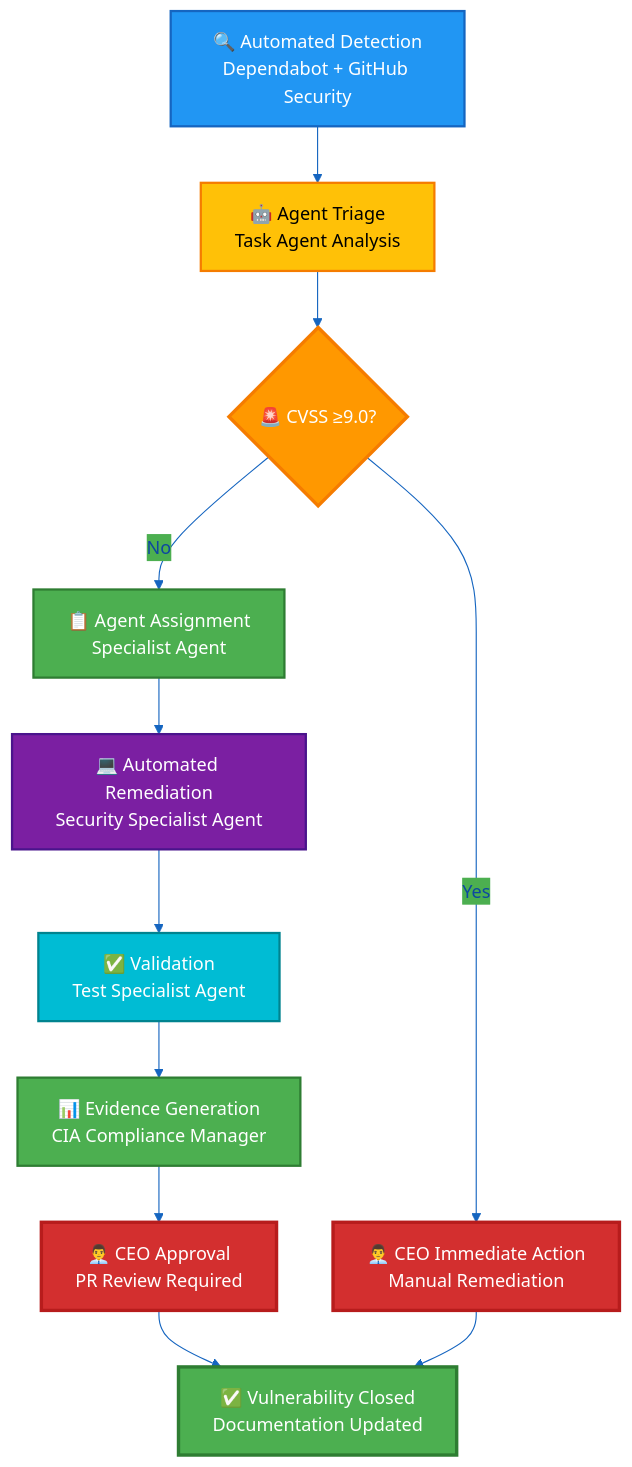
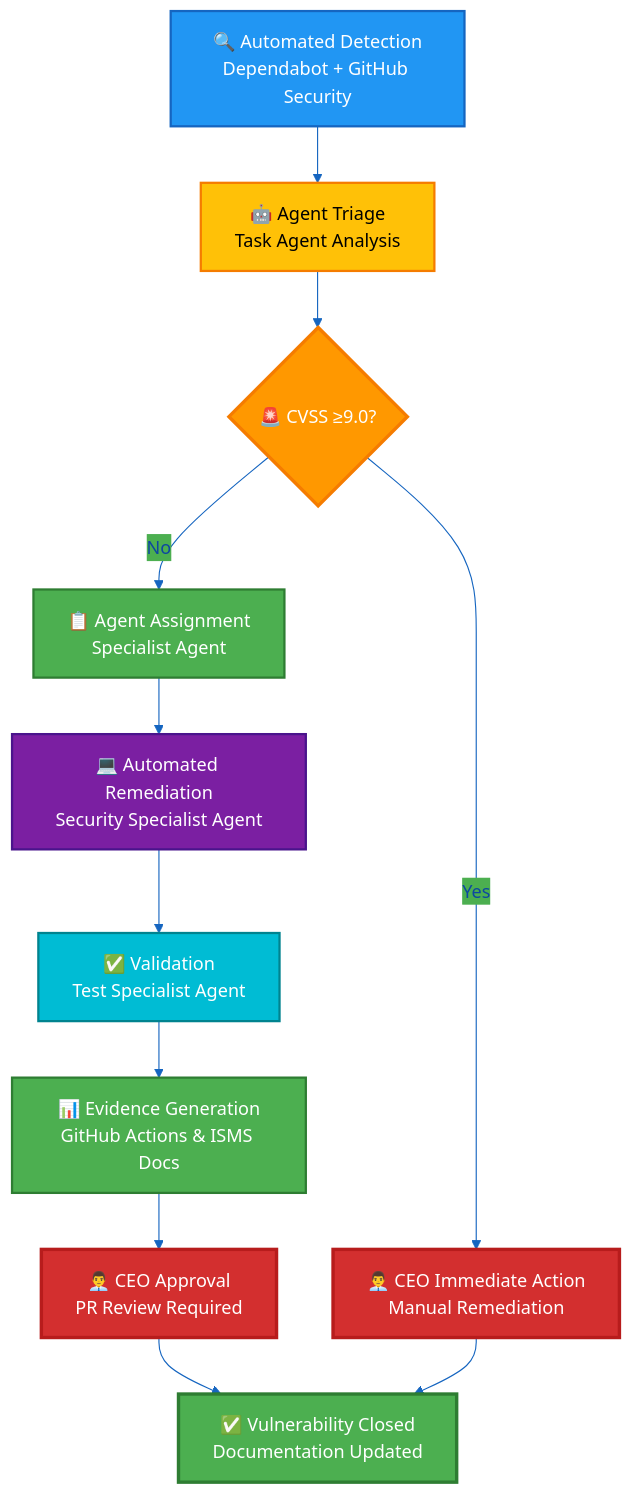
One commit to Hack23/ISMS-PUBLIC changed the fifth of 5 diagrams in Vulnerability_Management.md. Above: the diagram before and after it, drawn with Mermaid. The commit also changed other lines of this file and 35 other files, not shown here.

````diff
--- a/Vulnerability_Management.md
+++ b/Vulnerability_Management.md
@@ -625,36 +663,36 @@
 ```mermaid
 %%{
   init: {
     'theme': 'base',
     'themeVariables': {
       'primaryColor': '#1565C0',
       'primaryTextColor': '#0d47a1',
       'lineColor': '#1565C0',
       'secondaryColor': '#4CAF50',
       'tertiaryColor': '#FF9800'
     }
   }
 }%%
 flowchart TD
     DETECT[🔍 Automated Detection<br/>Dependabot + GitHub Security] --> TRIAGE[🤖 Agent Triage<br/>Task Agent Analysis]
     TRIAGE --> CRITICAL{🚨 CVSS ≥9.0?}
     CRITICAL -->|Yes| HUMAN[👨‍💼 CEO Immediate Action<br/>Manual Remediation]
     CRITICAL -->|No| ASSIGN[📋 Agent Assignment<br/>Specialist Agent]
     ASSIGN --> IMPLEMENT[💻 Automated Remediation<br/>Security Specialist Agent]
     IMPLEMENT --> VALIDATE[✅ Validation<br/>Test Specialist Agent]
-    VALIDATE --> EVIDENCE[📊 Evidence Generation<br/>CIA Compliance Manager]
+    VALIDATE --> EVIDENCE[📊 Evidence Generation<br/>GitHub Actions & ISMS Docs]
     EVIDENCE --> CEO_APPROVE[👨‍💼 CEO Approval<br/>PR Review Required]
     CEO_APPROVE --> CLOSE[✅ Vulnerability Closed<br/>Documentation Updated]
     HUMAN --> CLOSE
     
     style DETECT fill:#2196F3,stroke:#1565C0,stroke-width:2px,color:#fff
     style TRIAGE fill:#FFC107,stroke:#F57C00,stroke-width:2px,color:#000
     style CRITICAL fill:#FF9800,stroke:#F57C00,stroke-width:3px,color:#fff
     style HUMAN fill:#D32F2F,stroke:#B71C1C,stroke-width:3px,color:#fff
     style ASSIGN fill:#4CAF50,stroke:#2E7D32,stroke-width:2px,color:#fff
     style IMPLEMENT fill:#7B1FA2,stroke:#4A148C,stroke-width:2px,color:#fff
     style VALIDATE fill:#00BCD4,stroke:#00838F,stroke-width:2px,color:#fff
     style EVIDENCE fill:#4CAF50,stroke:#2E7D32,stroke-width:2px,color:#fff
     style CEO_APPROVE fill:#D32F2F,stroke:#B71C1C,stroke-width:3px,color:#fff
     style CLOSE fill:#4CAF50,stroke:#2E7D32,stroke-width:3px,color:#fff
 ```
````
